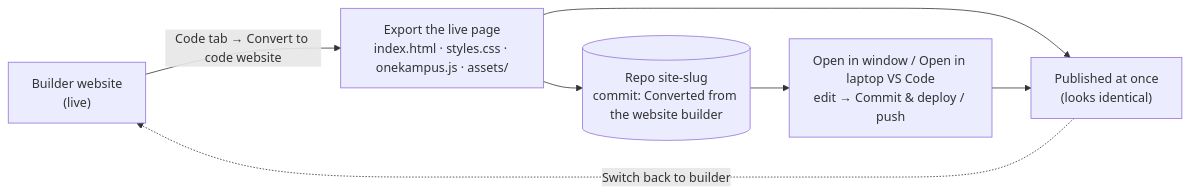
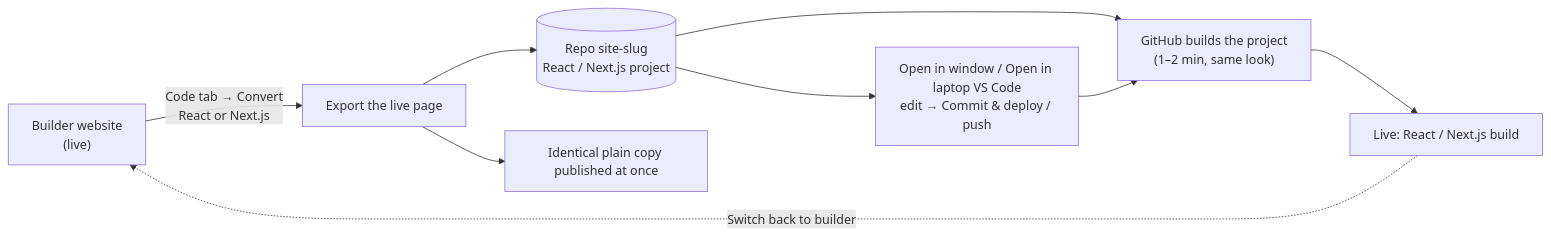
One commit to Ritiksharmaji/site-auto-matrix changed the eighth of 15 diagrams in docs/APPLICATION_FLOW.md. Above: the diagram before and after it, drawn with Mermaid. The commit also changed other lines of this file and 16 other files, not shown here.

First line of the commit message:
feat: convert builder websites into React (Vite) or Next.js projects

````diff
--- a/docs/APPLICATION_FLOW.md
+++ b/docs/APPLICATION_FLOW.md
@@ -617,9 +617,10 @@
 ```mermaid
 flowchart LR
-    B["Builder website<br/>(live)"] -->|"Code tab → Convert to code website"| E["Export the live page<br/>index.html · styles.css · onekampus.js · assets/"]
-    E --> R[("Repo site-slug<br/>commit: Converted from the website builder")]
-    E --> L["Published at once<br/>(looks identical)"]
+    B["Builder website<br/>(live)"] -->|"Code tab → Convert<br/>React or Next.js"| E["Export the live page"]
+    E --> R[("Repo site-slug<br/>React / Next.js project")]
+    E --> L["Identical plain copy published at once"]
+    R --> G["GitHub builds the project<br/>(1–2 min, same look)"] --> L2["Live: React / Next.js build"]
     R --> V["Open in window / Open in laptop VS Code<br/>edit → Commit & deploy / push"]
-    V --> L
-    L -.->|"Switch back to builder"| B
+    V --> G
+    L2 -.->|"Switch back to builder"| B
 ```
````
